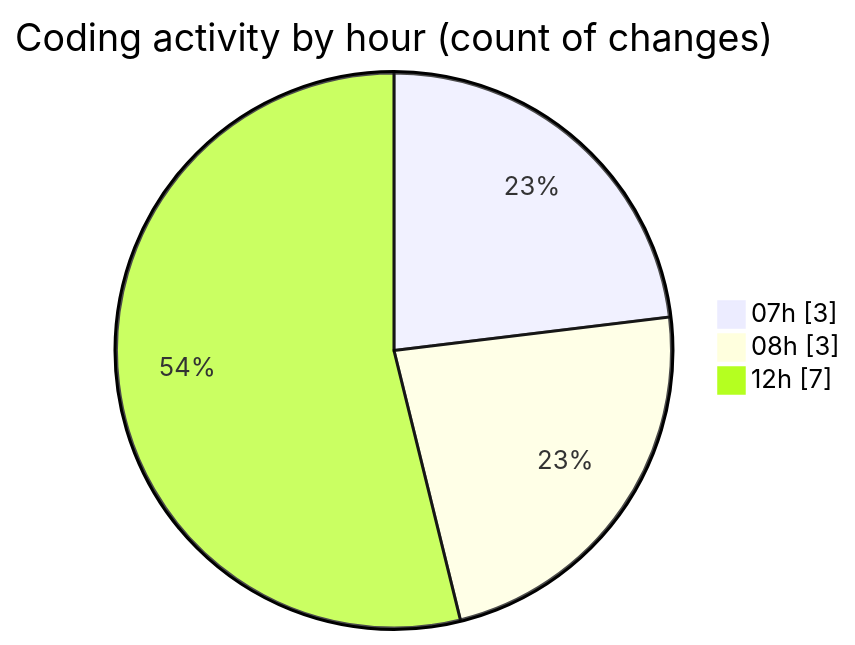
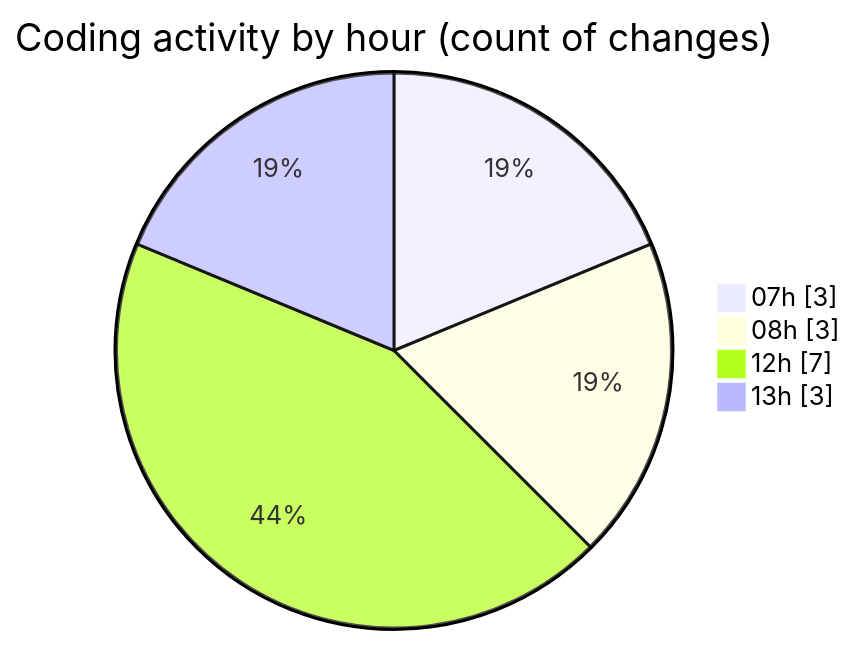
Before and after one commit to charlie-sans/code-tracking: the second of 2 diagrams in 2025-04-28/c-masm/README.md, drawn with Mermaid. The commit also changed other lines of this file and 1 other file, not shown here.

````diff
--- a/2025-04-28/c-masm/README.md
+++ b/2025-04-28/c-masm/README.md
@@ -39,7 +41,8 @@
 ```mermaid
 pie showData
 title Coding activity by hour (count of changes)
 "07h" : 3
 "08h" : 3
 "12h" : 7
+"13h" : 3
 ```
````
